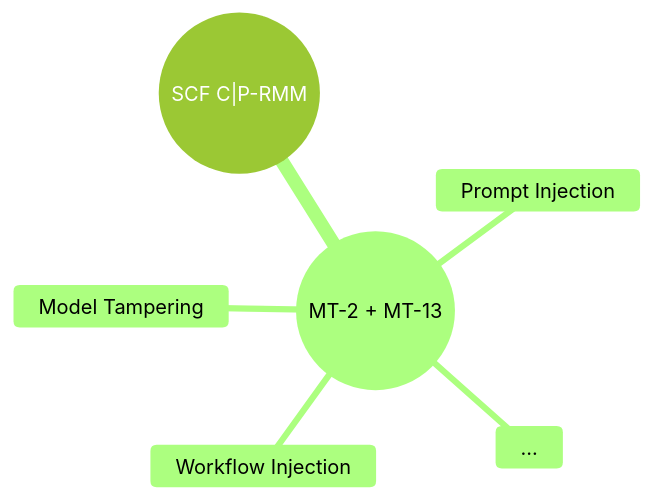
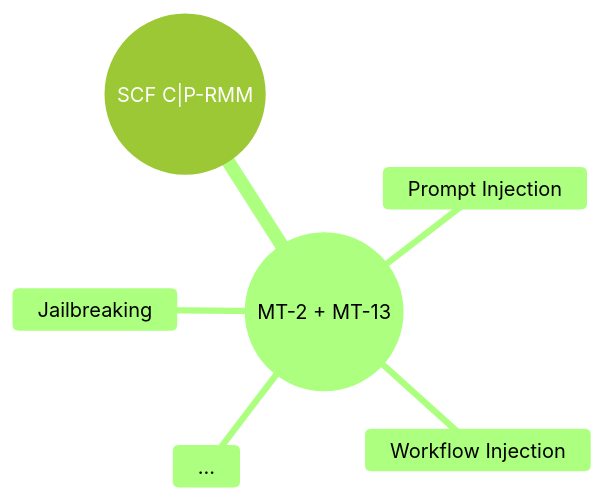
The diagram in docs/threats/index.md (felipepenha/gurple), drawn with Mermaid before and after one commit. The commit also changed 5 other files, not shown here.

````diff
--- a/docs/threats/index.md
+++ b/docs/threats/index.md
@@ -20,13 +20,13 @@
 ```mermaid
 ---
 config:
   theme: 'forest'
 ---
 mindmap
   root((SCF C|P-RMM))
     ((MT-2 + MT-13))
       Prompt Injection
-      Model Tampering
+      Jailbreaking
       Workflow Injection
       ...
 ```
````
